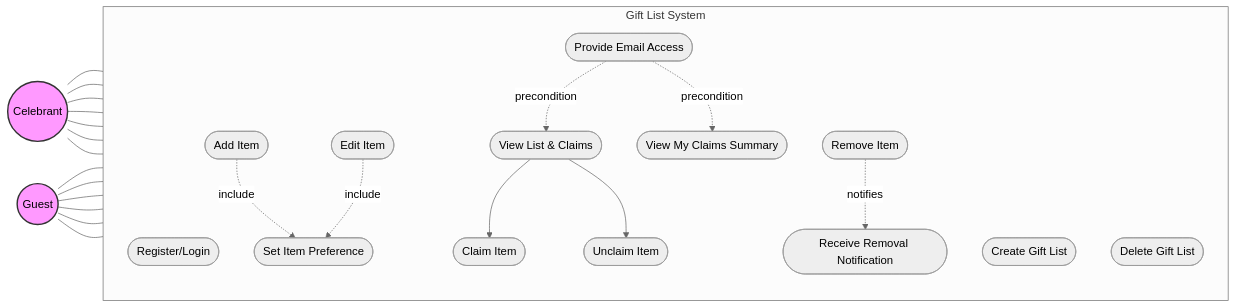
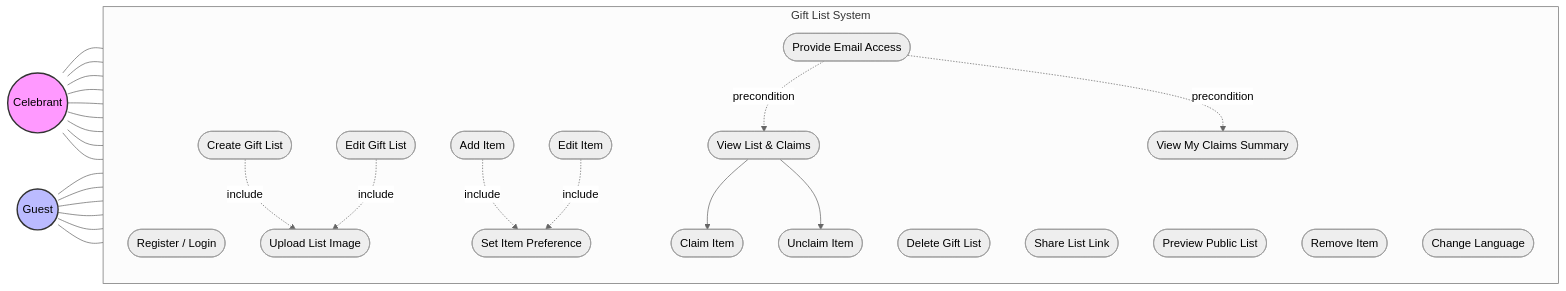
One commit to edoardosarri24/gift-list changed the diagram in documentation/images/1-introduction/use-case.mmd. Above: the diagram before and after it, drawn with Mermaid (neutral theme). The commit also changed 19 other files, not shown here.

```diff
--- a/documentation/images/1-introduction/use-case.mmd
+++ b/documentation/images/1-introduction/use-case.mmd
@@ -1,55 +1,70 @@
 flowchart LR
     %% Actors
     C((Celebrant))
     G((Guest))
 
     %% System Boundary
     subgraph "Gift List System"
         direction TB
 
         %% Celebrant Use Cases
-        UC_C_Auth([Register/Login])
+        UC_C_Auth([Register / Login])
         UC_C_CreateList([Create Gift List])
+        UC_C_EditList([Edit Gift List])
         UC_C_DeleteList([Delete Gift List])
+        UC_C_ShareList([Share List Link])
+        UC_C_PreviewList([Preview Public List])
+        
         UC_C_AddItem([Add Item])
         UC_C_EditItem([Edit Item])
         UC_C_RemoveItem([Remove Item])
+        
+        UC_C_UploadImage([Upload List Image])
         UC_C_SetPref([Set Item Preference])
 
         %% Guest Use Cases
         UC_G_ProvideEmail([Provide Email Access])
         UC_G_ViewList([View List & Claims])
         UC_G_Claim([Claim Item])
         UC_G_Unclaim([Unclaim Item])
         UC_G_ViewMyClaims([View My Claims Summary])
-        UC_G_Notify([Receive Removal Notification])
+        UC_G_ChangeLang([Change Language])
+        
+        %% Future/Disabled Use Cases
+        %% UC_G_Notify([Receive Email Notification - Disabled])
     end
 
     %% Actor to Use Case Relationships
     C --- UC_C_Auth
     C --- UC_C_CreateList
+    C --- UC_C_EditList
     C --- UC_C_DeleteList
+    C --- UC_C_ShareList
+    C --- UC_C_PreviewList
     C --- UC_C_AddItem
     C --- UC_C_EditItem
     C --- UC_C_RemoveItem
-    C --- UC_C_SetPref
 
     G --- UC_G_ProvideEmail
     G --- UC_G_ViewList
     G --- UC_G_Claim
     G --- UC_G_Unclaim
     G --- UC_G_ViewMyClaims
-    G --- UC_G_Notify
+    G --- UC_G_ChangeLang
 
     %% Inter-Use Case Relationships
+    UC_C_CreateList -.->|include| UC_C_UploadImage
+    UC_C_EditList -.->|include| UC_C_UploadImage
+    
     UC_C_AddItem -.->|include| UC_C_SetPref
     UC_C_EditItem -.->|include| UC_C_SetPref
+    
     UC_G_ProvideEmail -.->|precondition| UC_G_ViewList
     UC_G_ProvideEmail -.->|precondition| UC_G_ViewMyClaims
+    
     UC_G_ViewList --> UC_G_Claim
     UC_G_ViewList --> UC_G_Unclaim
-    UC_C_RemoveItem -.->|notifies| UC_G_Notify
 
     %% Styling
     style C fill:#f9f,stroke:#333,stroke-width:2px
-    style G fill:#f9f,stroke:#333,stroke-width:2px
+    style G fill:#bbf,stroke:#333,stroke-width:2px
```
